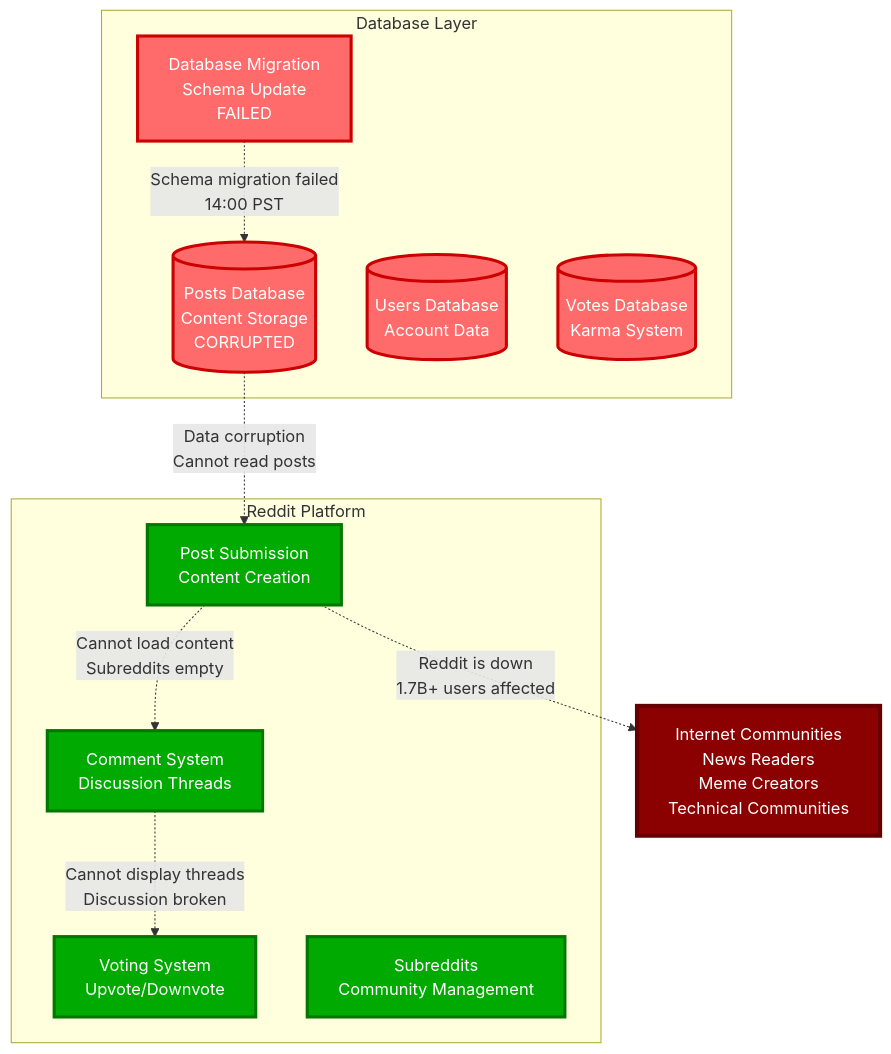
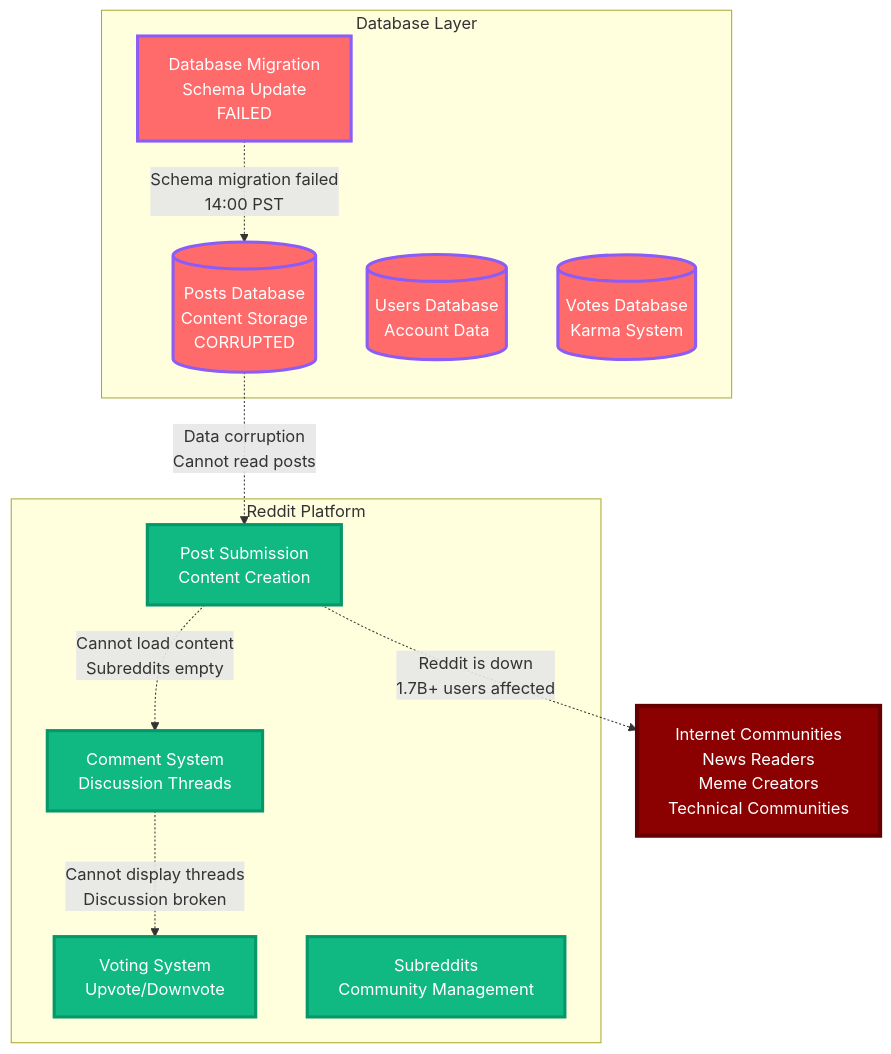
One commit to deepaucksharma/DS changed the diagram in site/docs/incidents/reddit-march-2023.md. Above: the diagram before and after it, drawn with Mermaid. The commit also changed 303 other files, not shown here.

````diff
--- a/site/docs/incidents/reddit-march-2023.md
+++ b/site/docs/incidents/reddit-march-2023.md
@@ -19,33 +19,33 @@
 ```mermaid
 graph TB
     subgraph "Reddit Platform"
         POSTS[Post Submission<br/>Content Creation]
         COMMENTS[Comment System<br/>Discussion Threads]
         VOTING[Voting System<br/>Upvote/Downvote]
         SUBREDDITS[Subreddits<br/>Community Management]
     end
 
     subgraph "Database Layer"
         MIGRATION[Database Migration<br/>Schema Update<br/>FAILED]
         POSTS_DB[(Posts Database<br/>Content Storage<br/>CORRUPTED)]
         USERS_DB[(Users Database<br/>Account Data)]
         VOTES_DB[(Votes Database<br/>Karma System)]
     end
 
     %% Migration failure cascade
     MIGRATION -.->|Schema migration failed<br/>14:00 PST| POSTS_DB
     POSTS_DB -.->|Data corruption<br/>Cannot read posts| POSTS
     POSTS -.->|Cannot load content<br/>Subreddits empty| COMMENTS
     COMMENTS -.->|Cannot display threads<br/>Discussion broken| VOTING
 
     %% Customer impact
     POSTS -.->|"Reddit is down"<br/>1.7B+ users affected| USERS[Internet Communities<br/>News Readers<br/>Meme Creators<br/>Technical Communities]
 
-    classDef migrationStyle fill:#FF6B6B,stroke:#CC0000,color:#fff,stroke-width:3px
-    classDef serviceStyle fill:#00AA00,stroke:#007700,color:#fff,stroke-width:3px
+    classDef migrationStyle fill:#FF6B6B,stroke:#8B5CF6,color:#fff,stroke-width:3px
+    classDef serviceStyle fill:#10B981,stroke:#059669,color:#fff,stroke-width:3px
     classDef impactStyle fill:#8B0000,stroke:#660000,color:#fff,stroke-width:4px
 
     class MIGRATION,POSTS_DB,USERS_DB,VOTES_DB migrationStyle
     class POSTS,COMMENTS,VOTING,SUBREDDITS serviceStyle
     class USERS impactStyle
 ```
````
